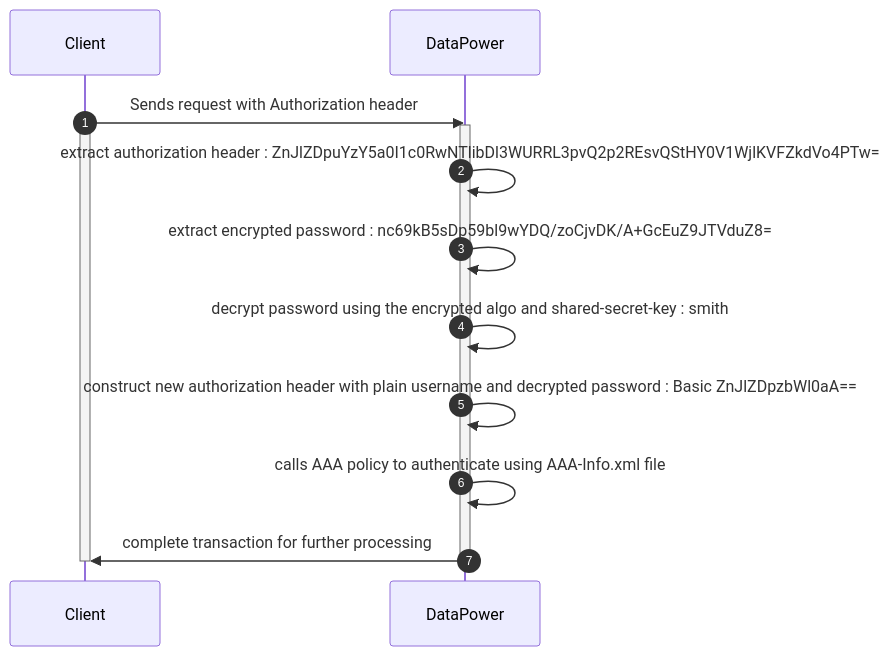
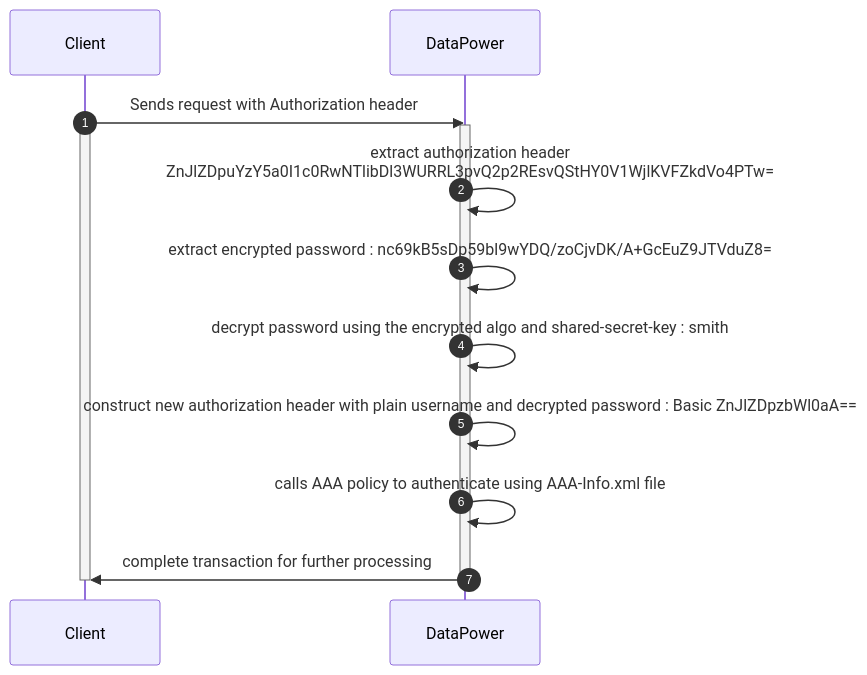
The diagram in _posts/2024-11-20-datapower-aaa-info-alt-auth.md (adityasingh-lab/adityasingh-lab.github.io), drawn with Mermaid before and after one commit.

Commit message:
AAA authentication mechanism

````diff
--- a/_posts/2024-11-20-datapower-aaa-info-alt-auth.md
+++ b/_posts/2024-11-20-datapower-aaa-info-alt-auth.md
@@ -41,17 +41,17 @@
 ```mermaid
 sequenceDiagram
 participant cl as Client
 participant dp as DataPower
 autonumber
 cl ->> dp: Sends request with Authorization header
 activate cl
 activate dp
-dp ->> dp: extract authorization header : ZnJlZDpuYzY5a0I1c0RwNTlibDl3WURRL3pvQ2p2REsvQStHY0V1WjlKVFZkdVo4PTw=
+dp ->> dp: extract authorization header <br/>ZnJlZDpuYzY5a0I1c0RwNTlibDl3WURRL3pvQ2p2REsvQStHY0V1WjlKVFZkdVo4PTw=
 dp ->> dp: extract encrypted password : nc69kB5sDp59bl9wYDQ/zoCjvDK/A+GcEuZ9JTVduZ8=
 dp ->> dp: decrypt password using the encrypted algo and shared-secret-key : smith
 dp ->> dp: construct new authorization header with plain username and decrypted password : Basic ZnJlZDpzbWl0aA== 
 dp ->> dp: calls AAA policy to authenticate using AAA-Info.xml file
 dp ->> cl: complete transaction for further processing
 deactivate dp
 deactivate cl
 ```
````
